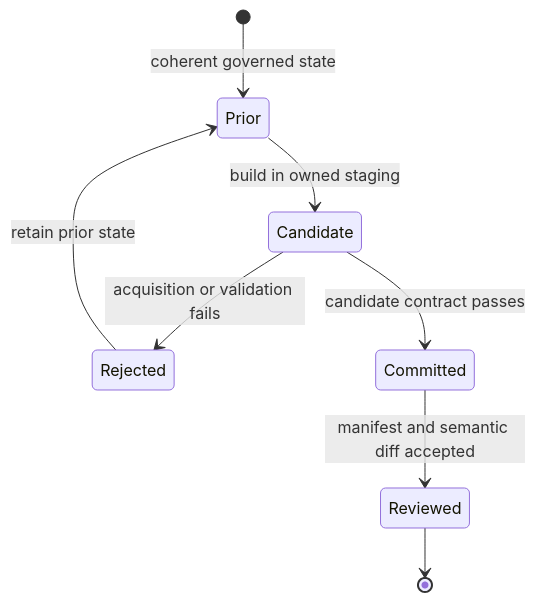
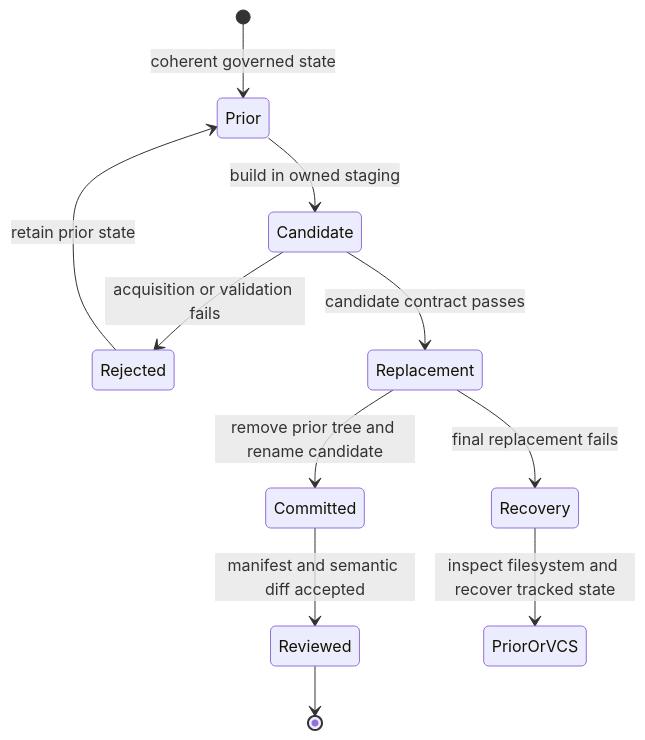
One commit to bijux/bijux-pollenomics changed the second of 2 diagrams in docs/public/pollenomics/operations/index.md. Above: the diagram before and after it, drawn with Mermaid. The commit also changed other lines of this file and 3 other files, not shown here.

Commit message:
docs(operations): document replacement and recovery guarantees

````diff
--- a/docs/public/pollenomics/operations/index.md
+++ b/docs/public/pollenomics/operations/index.md
@@ -55,10 +56,13 @@
 ```mermaid
 stateDiagram-v2
     [*] --> Prior: coherent governed state
     Prior --> Candidate: build in owned staging
     Candidate --> Rejected: acquisition or validation fails
     Rejected --> Prior: retain prior state
-    Candidate --> Committed: candidate contract passes
+    Candidate --> Replacement: candidate contract passes
+    Replacement --> Committed: remove prior tree and rename candidate
+    Replacement --> Recovery: final replacement fails
     Committed --> Reviewed: manifest and semantic diff accepted
+    Recovery --> PriorOrVCS: inspect filesystem and recover tracked state
     Reviewed --> [*]
 ```
````
